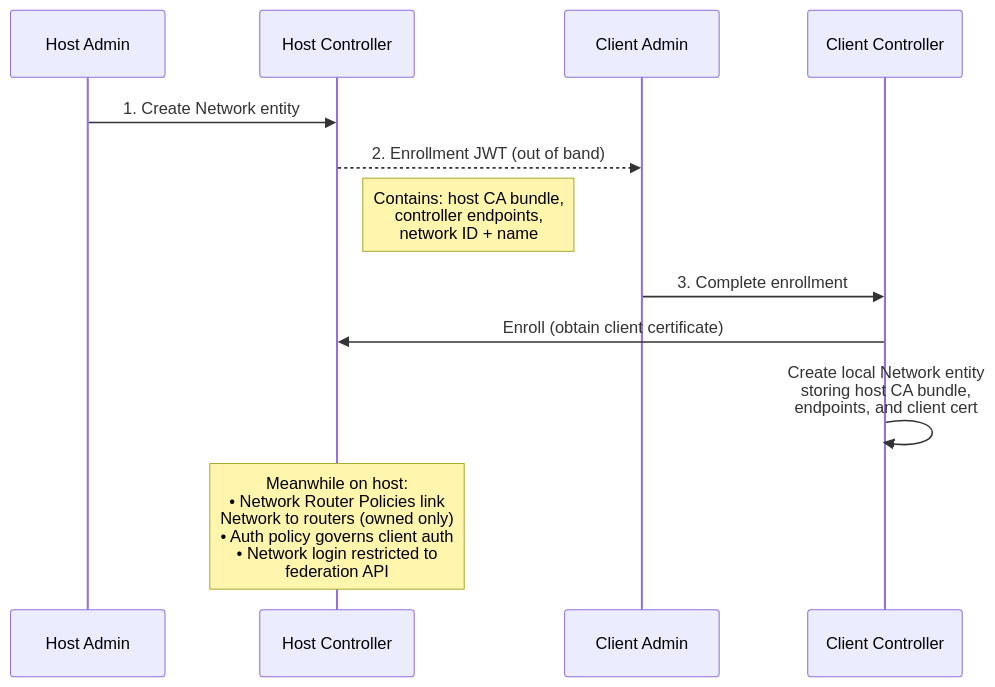
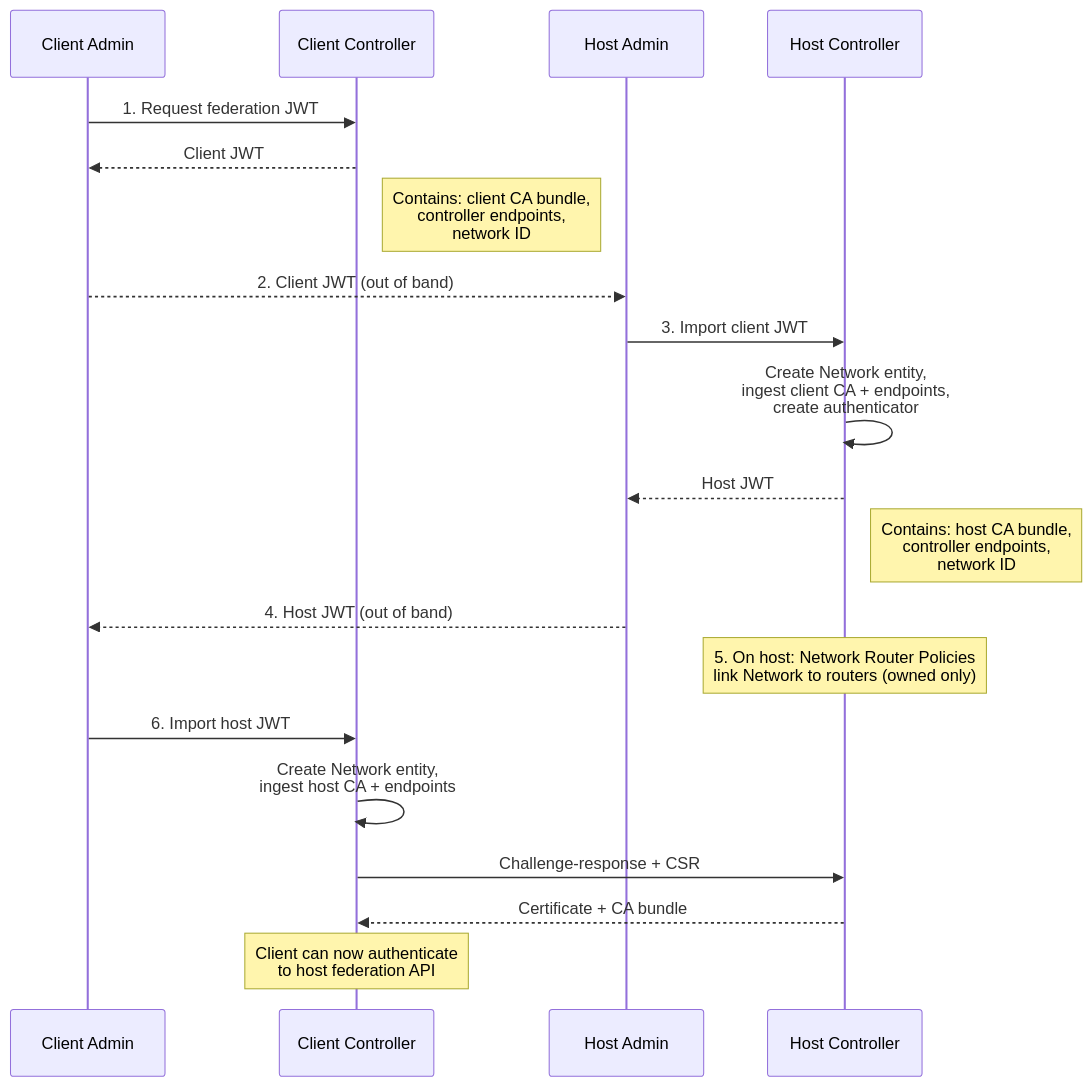
Before and after one commit to openziti/ziti: the second of 4 diagrams in design/federation-summary.md, drawn with Mermaid. The commit also changed other lines of this file and 2 other files, not shown here.

Commit message:
Update with Andrew's review feedback

````diff
--- a/design/federation-summary.md
+++ b/design/federation-summary.md
@@ -166,17 +168,28 @@
 ```mermaid
 sequenceDiagram
+    participant CA as Client Admin
+    participant CC as Client Controller
     participant HA as Host Admin
     participant HC as Host Controller
-    participant CA as Client Admin
-    participant CC as Client Controller
 
-    HA->>HC: 1. Create Network entity
-    HC-->>CA: 2. Enrollment JWT (out of band)
-    Note right of HC: Contains: host CA bundle,<br/>controller endpoints,<br/>network ID + name
+    CA->>CC: 1. Request federation JWT
+    CC-->>CA: Client JWT
+    Note right of CC: Contains: client CA bundle,<br/>controller endpoints,<br/>network ID
 
-    CA->>CC: 3. Complete enrollment
-    CC->>HC: Enroll (obtain client certificate)
-    CC->>CC: Create local Network entity<br/>storing host CA bundle,<br/>endpoints, and client cert
+    CA-->>HA: 2. Client JWT (out of band)
 
-    Note over HC: Meanwhile on host:<br/>• Network Router Policies link<br/> Network to routers (owned only)<br/>• Auth policy governs client auth<br/>• Network login restricted to<br/> federation API
+    HA->>HC: 3. Import client JWT
+    HC->>HC: Create Network entity,<br/>ingest client CA + endpoints,<br/>create authenticator
+    HC-->>HA: Host JWT
+    Note right of HC: Contains: host CA bundle,<br/>controller endpoints,<br/>network ID
+
+    HA-->>CA: 4. Host JWT (out of band)
+
+    Note over HC: 5. On host: Network Router Policies<br/>link Network to routers (owned only)
+
+    CA->>CC: 6. Import host JWT
+    CC->>CC: Create Network entity,<br/>ingest host CA + endpoints
+    CC->>HC: Challenge-response + CSR
+    HC-->>CC: Certificate + CA bundle
+    Note over CC: Client can now authenticate<br/>to host federation API
 ```
````
